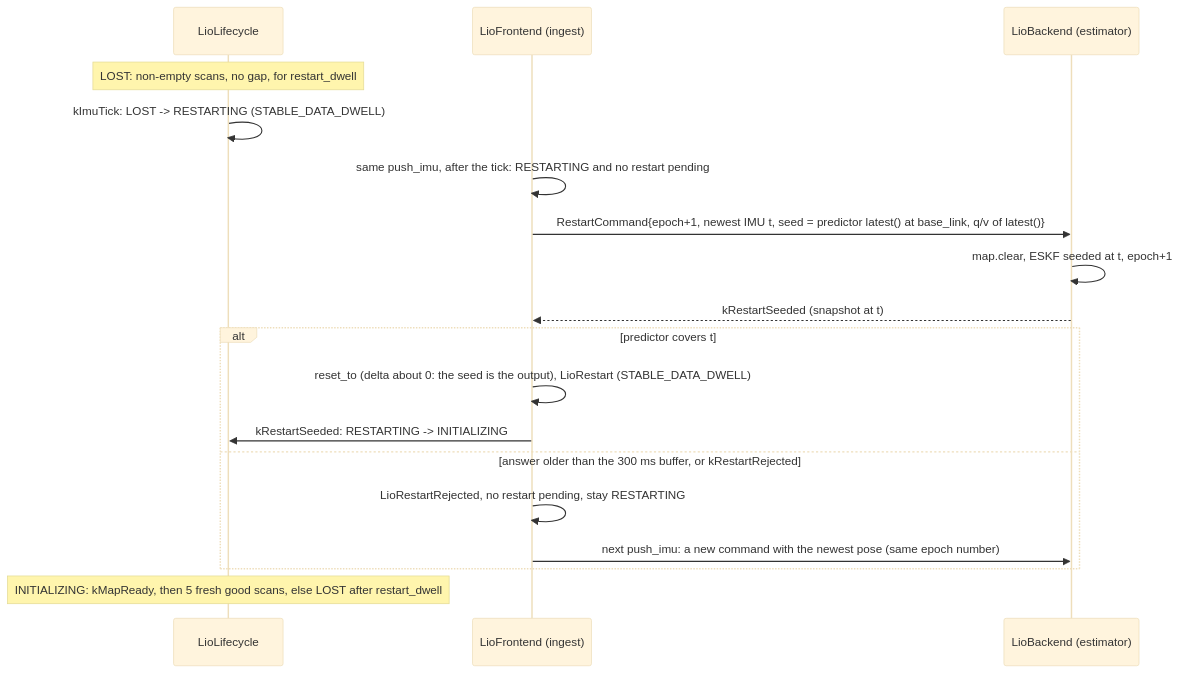
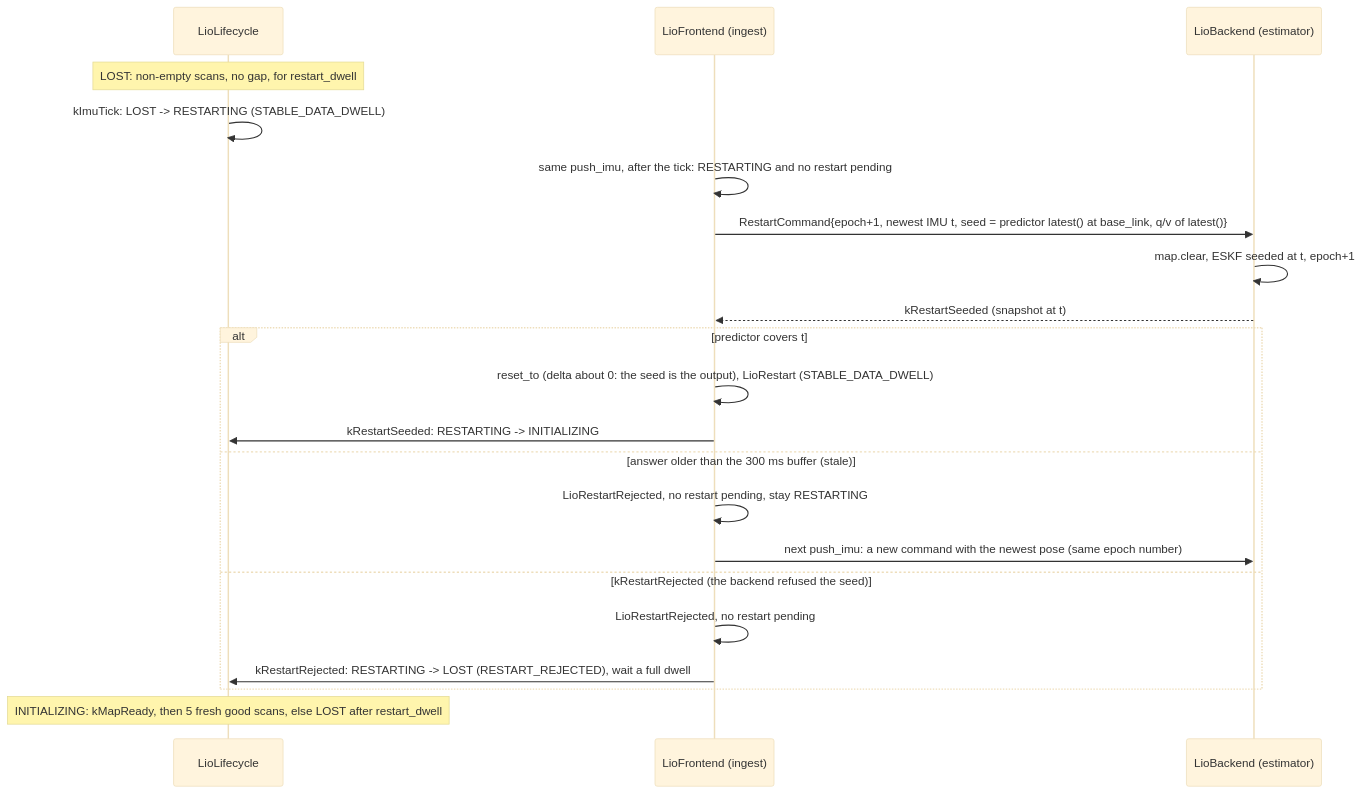
Before and after one commit to TanDatEmb/uav-navigation: the eighth of 12 diagrams in docs/architecture/AS_BUILT.md, drawn with Mermaid (base theme). The commit also changed other lines of this file, not shown here.

First line of the commit message:
docs(as-built): uavnav_lio_core after the Task 3 fix round 1

````diff
--- a/docs/architecture/AS_BUILT.md
+++ b/docs/architecture/AS_BUILT.md
@@ -358,20 +360,23 @@
 ```mermaid
 sequenceDiagram
   participant LC as LioLifecycle
   participant FE as LioFrontend (ingest)
   participant BE as LioBackend (estimator)
   Note over LC: LOST: non-empty scans, no gap, for restart_dwell
   LC->>LC: kImuTick: LOST -> RESTARTING (STABLE_DATA_DWELL)
   FE->>FE: same push_imu, after the tick: RESTARTING and no restart pending
   FE->>BE: RestartCommand{epoch+1, newest IMU t, seed = predictor latest() at base_link, q/v of latest()}
   BE->>BE: map.clear, ESKF seeded at t, epoch+1
   BE-->>FE: kRestartSeeded (snapshot at t)
   alt predictor covers t
     FE->>FE: reset_to (delta about 0: the seed is the output), LioRestart (STABLE_DATA_DWELL)
     FE->>LC: kRestartSeeded: RESTARTING -> INITIALIZING
-  else answer older than the 300 ms buffer, or kRestartRejected
+  else answer older than the 300 ms buffer (stale)
     FE->>FE: LioRestartRejected, no restart pending, stay RESTARTING
     FE->>BE: next push_imu: a new command with the newest pose (same epoch number)
+  else kRestartRejected (the backend refused the seed)
+    FE->>FE: LioRestartRejected, no restart pending
+    FE->>LC: kRestartRejected: RESTARTING -> LOST (RESTART_REJECTED), wait a full dwell
   end
   Note over LC: INITIALIZING: kMapReady, then 5 fresh good scans, else LOST after restart_dwell
 ```
````
